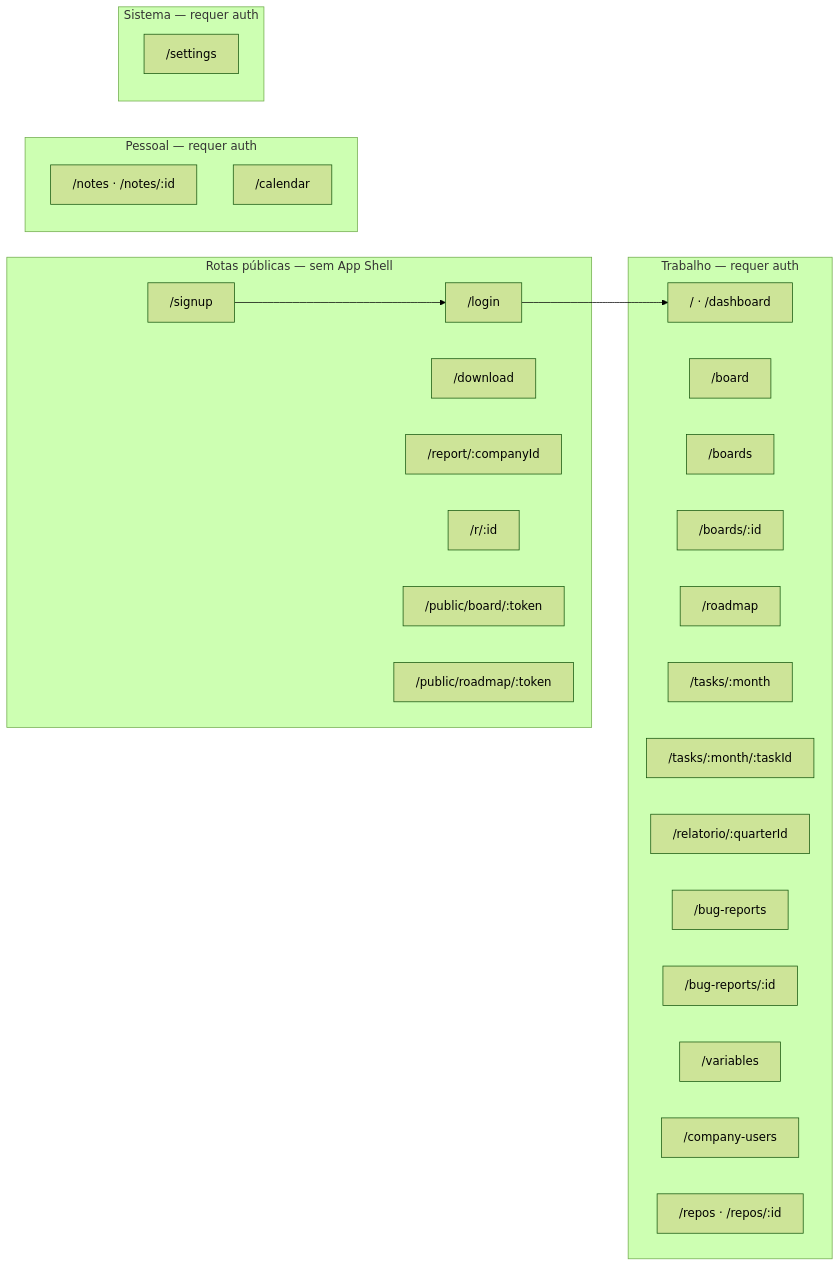
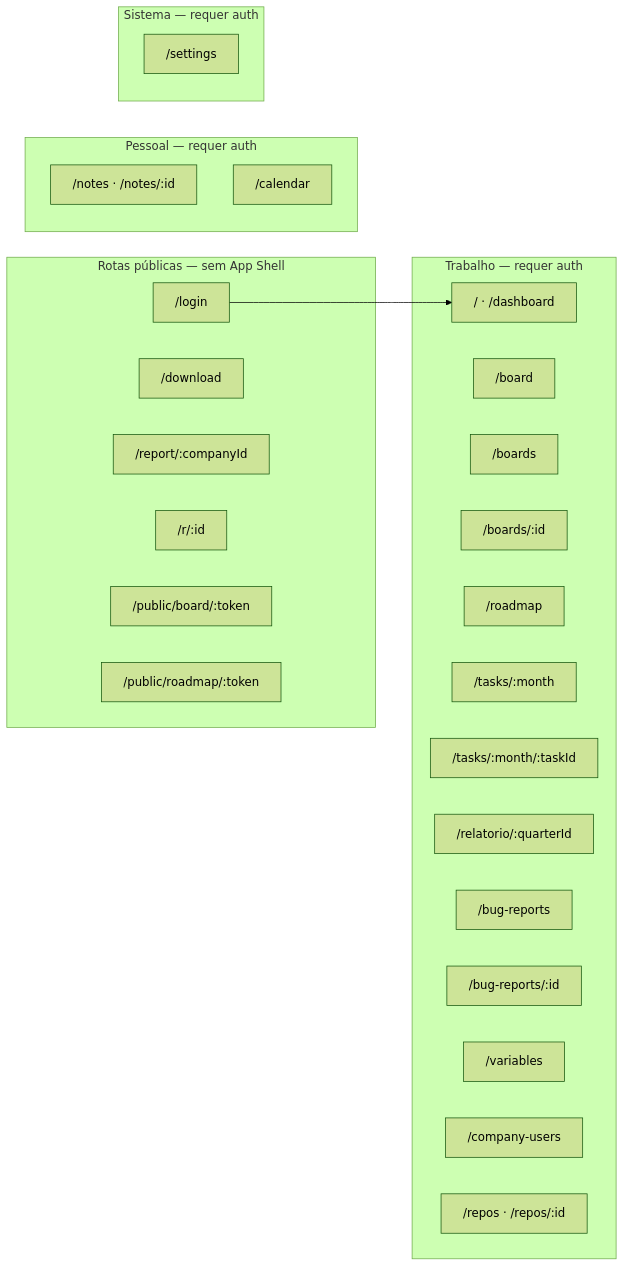
Before and after one commit to Os-Guri-Do-Agro/workflow-web: the diagram in docs/screens.md, drawn with Mermaid (forest theme). The commit also changed other lines of this file and 19 other files, not shown here.

Commit message:
feat: implement base shell architecture, authentication flow, and public-access service structure

````diff
--- a/docs/screens.md
+++ b/docs/screens.md
@@ -7,40 +7,38 @@
 ```mermaid
 flowchart LR
   subgraph public [Rotas públicas — sem App Shell]
     Login["/login"]
-    Signup["/signup"]
     Download["/download"]
     BugPublic["/report/:companyId"]
     BugStatus["/r/:id"]
     PublicBoard["/public/board/:token"]
     PublicRoadmap["/public/roadmap/:token"]
   end
 
   subgraph work [Trabalho — requer auth]
     Dash["/ · /dashboard"]
     Board["/board"]
     CanvasList["/boards"]
     CanvasDet["/boards/:id"]
     Roadmap["/roadmap"]
     Tasks["/tasks/:month"]
     TaskDet["/tasks/:month/:taskId"]
     Report["/relatorio/:quarterId"]
     BugList["/bug-reports"]
     BugDet["/bug-reports/:id"]
     Vars["/variables"]
     Users["/company-users"]
     Repos["/repos · /repos/:id"]
   end
 
   subgraph personal [Pessoal — requer auth]
     Notes["/notes · /notes/:id"]
     Cal["/calendar"]
   end
 
   subgraph config [Sistema — requer auth]
     Settings["/settings"]
   end
 
   Login --> Dash
-  Signup --> Login
 ```
````
